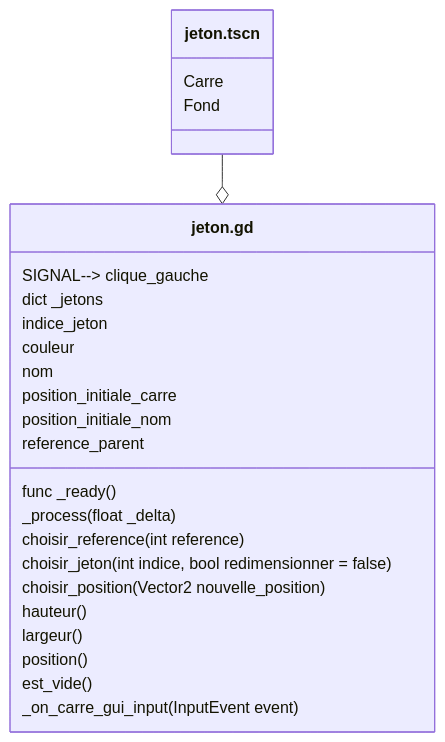
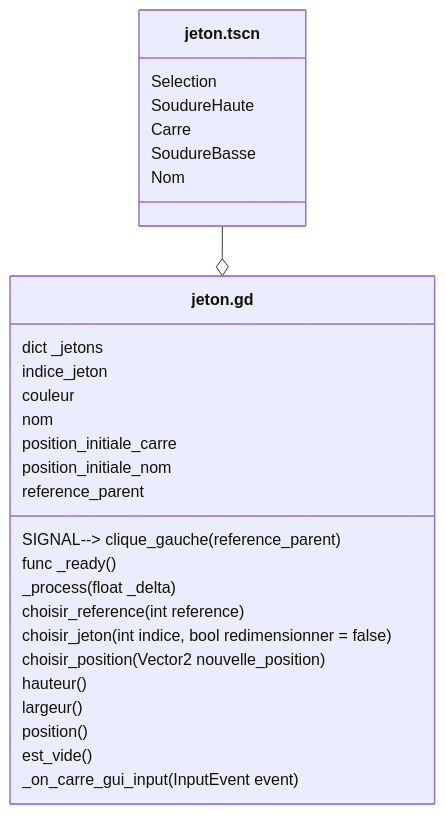
The diagram in docs/Jeton.md (leguims/godot-color-sort-for-anna), drawn with Mermaid before and after one commit. The commit also changed other lines of this file and 3 other files, not shown here.

````diff
--- a/docs/Jeton.md
+++ b/docs/Jeton.md
@@ -9,32 +9,35 @@
 ```mermaid
 classDiagram
 
 class jeton.tscn {
+    Selection
+    SoudureHaute
     Carre
-    Fond
+    SoudureBasse
+    Nom
 }
 
 class jeton.gd {
-    SIGNAL--> clique_gauche
+    SIGNAL--> clique_gauche(reference_parent)
     dict _jetons
     indice_jeton
     couleur
     nom
     position_initiale_carre
     position_initiale_nom
     reference_parent
 
     func _ready()
     _process(float _delta)
     choisir_reference(int reference)
     choisir_jeton(int indice, bool redimensionner = false)
     choisir_position(Vector2 nouvelle_position)
     hauteur()
     largeur()
     position()
     est_vide()
     _on_carre_gui_input(InputEvent event)
 }
 
     jeton.tscn --o jeton.gd
 ```
````
